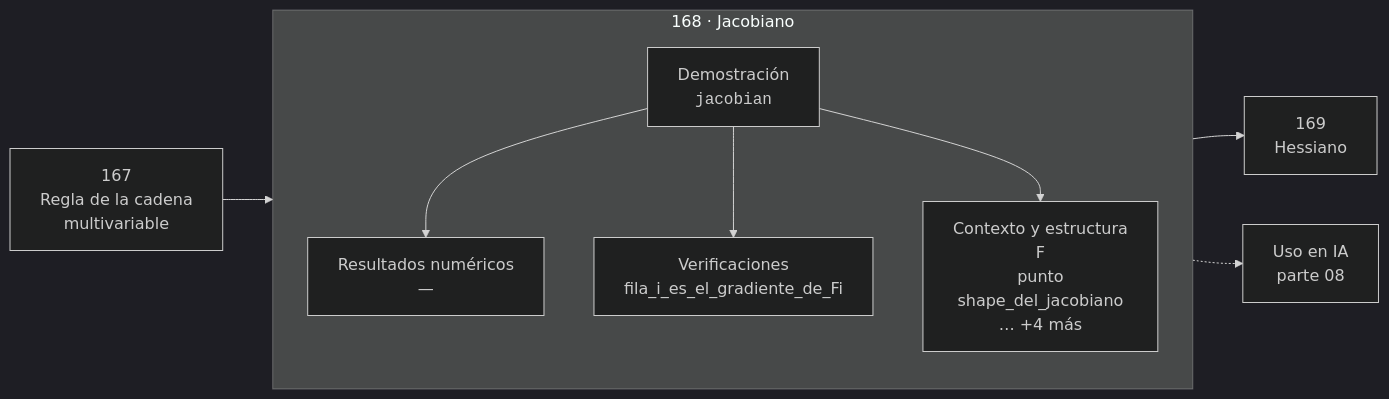
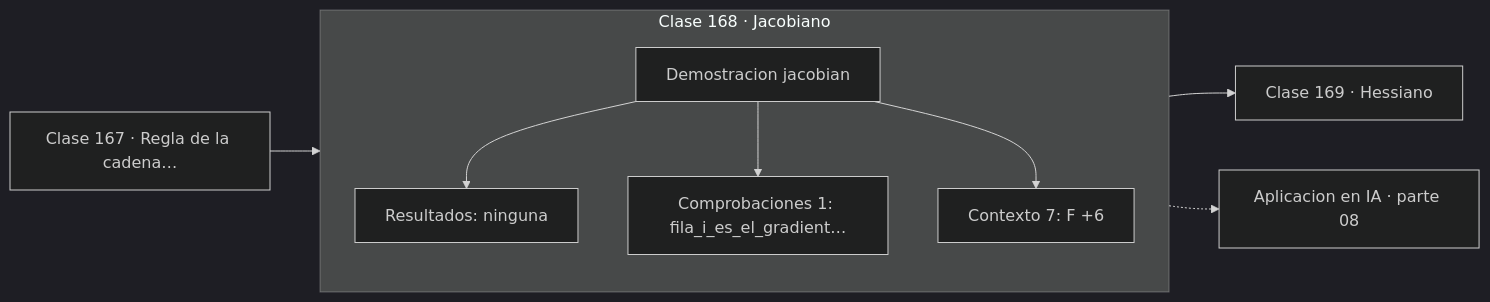
One commit to vladimiracunadev-create/computational-mathematics-program changed the diagram in classes/part-08-calculo-multivariable-matricial-y-autodiferenciacion/168-jacobiano/README.md. Above: the diagram before and after it, drawn with Mermaid (dark theme). The commit also changed 389 other files, not shown here.

First line of the commit message:
fix(diagramas): elimina el HTML de las etiquetas Mermaid

````diff
--- a/classes/part-08-calculo-multivariable-matricial-y-autodiferenciacion/168-jacobiano/README.md
+++ b/classes/part-08-calculo-multivariable-matricial-y-autodiferenciacion/168-jacobiano/README.md
@@ -30,12 +30,13 @@
 ```mermaid
 flowchart LR
-    P["167<br/>Regla de la cadena<br/>multivariable"] --> C
-    subgraph C["168 · Jacobiano"]
+    P["Clase 167 · Regla de la cadena…"] --> D
+    subgraph CLASE["Clase 168 · Jacobiano"]
         direction TB
-        D["Demostración<br/><code>jacobian</code>"] --> R["Resultados numéricos<br/>—"]
-        D --> V["Verificaciones<br/>fila_i_es_el_gradiente_de_Fi"]
-        D --> O["Contexto y estructura<br/>F<br/>punto<br/>shape_del_jacobiano<br/>… +4 más"]
+        D["Demostracion jacobian"]
+        D --> R["Resultados: ninguna"]
+        D --> V["Comprobaciones 1: fila_i_es_el_gradient…"]
+        D --> O["Contexto 7: F +6"]
     end
-    C --> N["169<br/>Hessiano"]
-    C -.-> IA["Uso en IA<br/>parte 08"]
+    R --> N["Clase 169 · Hessiano"]
+    V -.-> IA["Aplicacion en IA · parte 08"]
 ```
````
